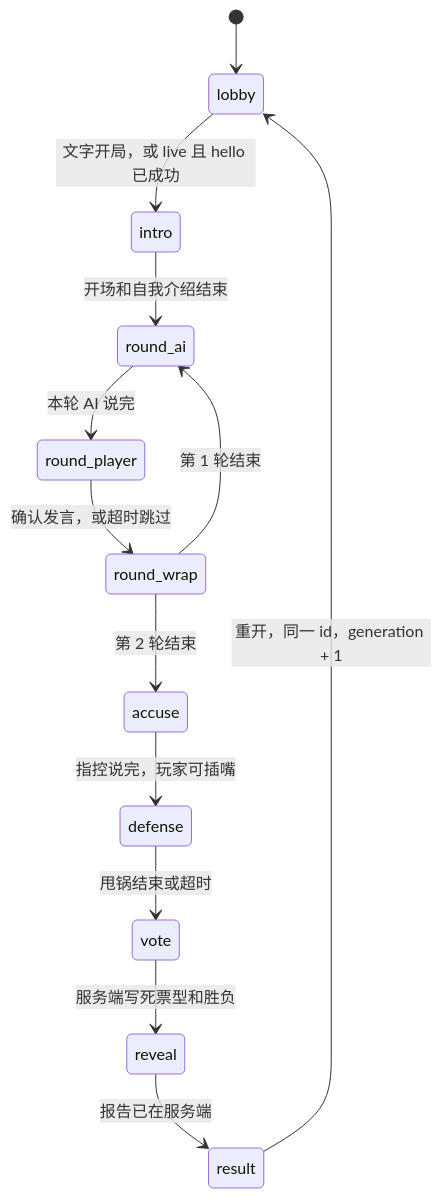
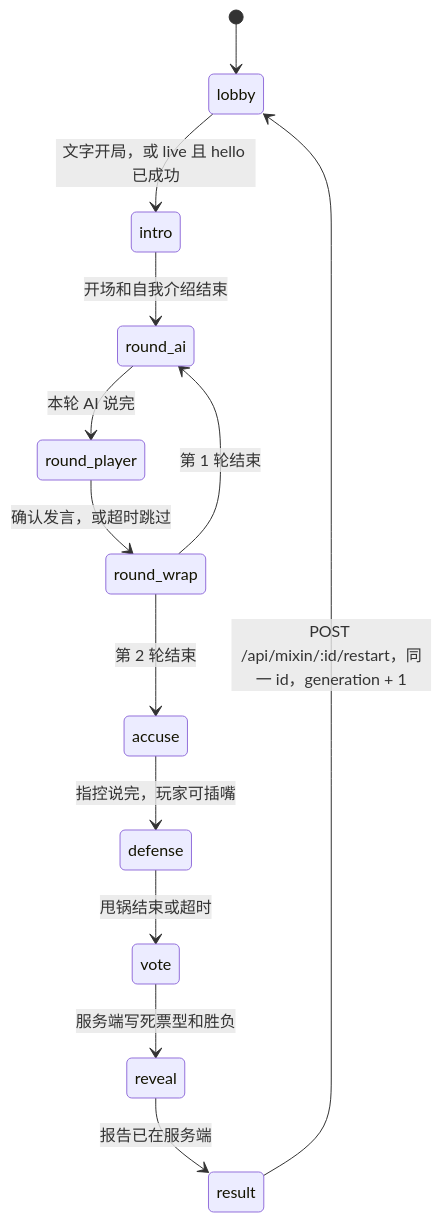
Before and after one commit to Lq0412/qiniu-hks: the diagram in docs/architecture.md, drawn with Mermaid. The commit also changed other lines of this file and 13 other files, not shown here.

````diff
--- a/docs/architecture.md
+++ b/docs/architecture.md
@@ -44,15 +46,15 @@
 ```mermaid
 stateDiagram-v2
   [*] --> lobby
   lobby --> intro: 文字开局，或 live 且 hello 已成功
   intro --> round_ai: 开场和自我介绍结束
   round_ai --> round_player: 本轮 AI 说完
   round_player --> round_wrap: 确认发言，或超时跳过
   round_wrap --> round_ai: 第 1 轮结束
   round_wrap --> accuse: 第 2 轮结束
   accuse --> defense: 指控说完，玩家可插嘴
   defense --> vote: 甩锅结束或超时
   vote --> reveal: 服务端写死票型和胜负
   reveal --> result: 报告已在服务端
-  result --> lobby: 重开，同一 id，generation + 1
+  result --> lobby: POST /api/mixin/:id/restart，同一 id，generation + 1
 ```
````
